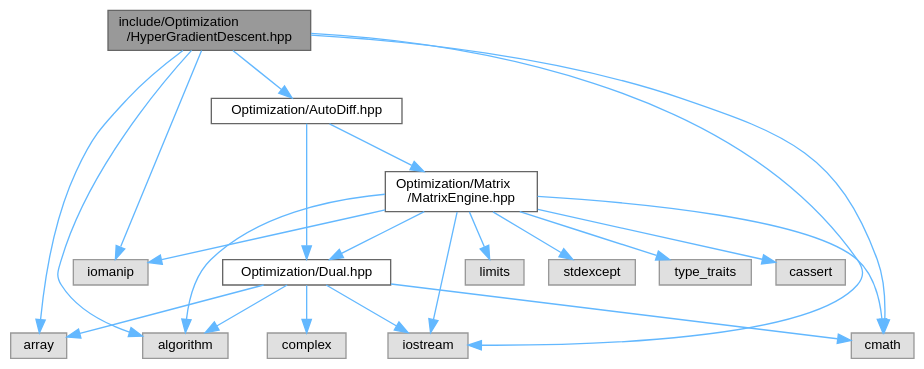
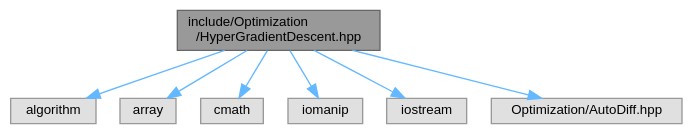
One commit to jswoo0615/Algorithms_for_Optimization_cpp changed the diagram in HyperGradientDescent_8hpp__incl.dot. Above: the diagram before and after it, drawn with Graphviz. The commit also changed 87 other files, not shown here.

```diff
--- a/HyperGradientDescent_8hpp__incl.dot
+++ b/HyperGradientDescent_8hpp__incl.dot
@@ -1,43 +1,20 @@
 digraph "include/Optimization/HyperGradientDescent.hpp"
 {
  // LATEX_PDF_SIZE
   bgcolor="transparent";
   edge [fontname=Helvetica,fontsize=10,labelfontname=Helvetica,labelfontsize=10];
   node [fontname=Helvetica,fontsize=10,shape=box,height=0.2,width=0.4];
   Node1 [id="Node000001",label="include/Optimization\l/HyperGradientDescent.hpp",height=0.2,width=0.4,color="gray40", fillcolor="grey60", style="filled", fontcolor="black",tooltip="Hyper Gradient Descent (하이퍼 경사하강법) 최적화 알고리즘 구현"];
   Node1 -> Node2 [id="edge1_Node000001_Node000002",color="steelblue1",style="solid",tooltip=" "];
   Node2 [id="Node000002",label="algorithm",height=0.2,width=0.4,color="grey60", fillcolor="#E0E0E0", style="filled",tooltip=" "];
   Node1 -> Node3 [id="edge2_Node000001_Node000003",color="steelblue1",style="solid",tooltip=" "];
   Node3 [id="Node000003",label="array",height=0.2,width=0.4,color="grey60", fillcolor="#E0E0E0", style="filled",tooltip=" "];
   Node1 -> Node4 [id="edge3_Node000001_Node000004",color="steelblue1",style="solid",tooltip=" "];
   Node4 [id="Node000004",label="cmath",height=0.2,width=0.4,color="grey60", fillcolor="#E0E0E0", style="filled",tooltip=" "];
   Node1 -> Node5 [id="edge4_Node000001_Node000005",color="steelblue1",style="solid",tooltip=" "];
   Node5 [id="Node000005",label="iomanip",height=0.2,width=0.4,color="grey60", fillcolor="#E0E0E0", style="filled",tooltip=" "];
   Node1 -> Node6 [id="edge5_Node000001_Node000006",color="steelblue1",style="solid",tooltip=" "];
   Node6 [id="Node000006",label="iostream",height=0.2,width=0.4,color="grey60", fillcolor="#E0E0E0", style="filled",tooltip=" "];
   Node1 -> Node7 [id="edge6_Node000001_Node000007",color="steelblue1",style="solid",tooltip=" "];
-  Node7 [id="Node000007",label="Optimization/AutoDiff.hpp",height=0.2,width=0.4,color="grey40", fillcolor="white", style="filled",URL="$AutoDiff_8hpp_source.html",tooltip=" "];
-  Node7 -> Node8 [id="edge7_Node000007_Node000008",color="steelblue1",style="solid",tooltip=" "];
-  Node8 [id="Node000008",label="Optimization/Dual.hpp",height=0.2,width=0.4,color="grey40", fillcolor="white", style="filled",URL="$Dual_8hpp_source.html",tooltip=" "];
-  Node8 -> Node2 [id="edge8_Node000008_Node000002",color="steelblue1",style="solid",tooltip=" "];
-  Node8 -> Node3 [id="edge9_Node000008_Node000003",color="steelblue1",style="solid",tooltip=" "];
-  Node8 -> Node4 [id="edge10_Node000008_Node000004",color="steelblue1",style="solid",tooltip=" "];
-  Node8 -> Node9 [id="edge11_Node000008_Node000009",color="steelblue1",style="solid",tooltip=" "];
-  Node9 [id="Node000009",label="complex",height=0.2,width=0.4,color="grey60", fillcolor="#E0E0E0", style="filled",tooltip=" "];
-  Node8 -> Node6 [id="edge12_Node000008_Node000006",color="steelblue1",style="solid",tooltip=" "];
-  Node7 -> Node10 [id="edge13_Node000007_Node000010",color="steelblue1",style="solid",tooltip=" "];
-  Node10 [id="Node000010",label="Optimization/Matrix\l/MatrixEngine.hpp",height=0.2,width=0.4,color="grey40", fillcolor="white", style="filled",URL="$MatrixEngine_8hpp_source.html",tooltip=" "];
-  Node10 -> Node2 [id="edge14_Node000010_Node000002",color="steelblue1",style="solid",tooltip=" "];
-  Node10 -> Node11 [id="edge15_Node000010_Node000011",color="steelblue1",style="solid",tooltip=" "];
-  Node11 [id="Node000011",label="cassert",height=0.2,width=0.4,color="grey60", fillcolor="#E0E0E0", style="filled",tooltip=" "];
-  Node10 -> Node4 [id="edge16_Node000010_Node000004",color="steelblue1",style="solid",tooltip=" "];
-  Node10 -> Node5 [id="edge17_Node000010_Node000005",color="steelblue1",style="solid",tooltip=" "];
-  Node10 -> Node6 [id="edge18_Node000010_Node000006",color="steelblue1",style="solid",tooltip=" "];
-  Node10 -> Node12 [id="edge19_Node000010_Node000012",color="steelblue1",style="solid",tooltip=" "];
-  Node12 [id="Node000012",label="limits",height=0.2,width=0.4,color="grey60", fillcolor="#E0E0E0", style="filled",tooltip=" "];
-  Node10 -> Node13 [id="edge20_Node000010_Node000013",color="steelblue1",style="solid",tooltip=" "];
-  Node13 [id="Node000013",label="stdexcept",height=0.2,width=0.4,color="grey60", fillcolor="#E0E0E0", style="filled",tooltip=" "];
-  Node10 -> Node14 [id="edge21_Node000010_Node000014",color="steelblue1",style="solid",tooltip=" "];
-  Node14 [id="Node000014",label="type_traits",height=0.2,width=0.4,color="grey60", fillcolor="#E0E0E0", style="filled",tooltip=" "];
-  Node10 -> Node8 [id="edge22_Node000010_Node000008",color="steelblue1",style="solid",tooltip=" "];
+  Node7 [id="Node000007",label="Optimization/AutoDiff.hpp",height=0.2,width=0.4,color="grey60", fillcolor="#E0E0E0", style="filled",tooltip=" "];
 }
```
